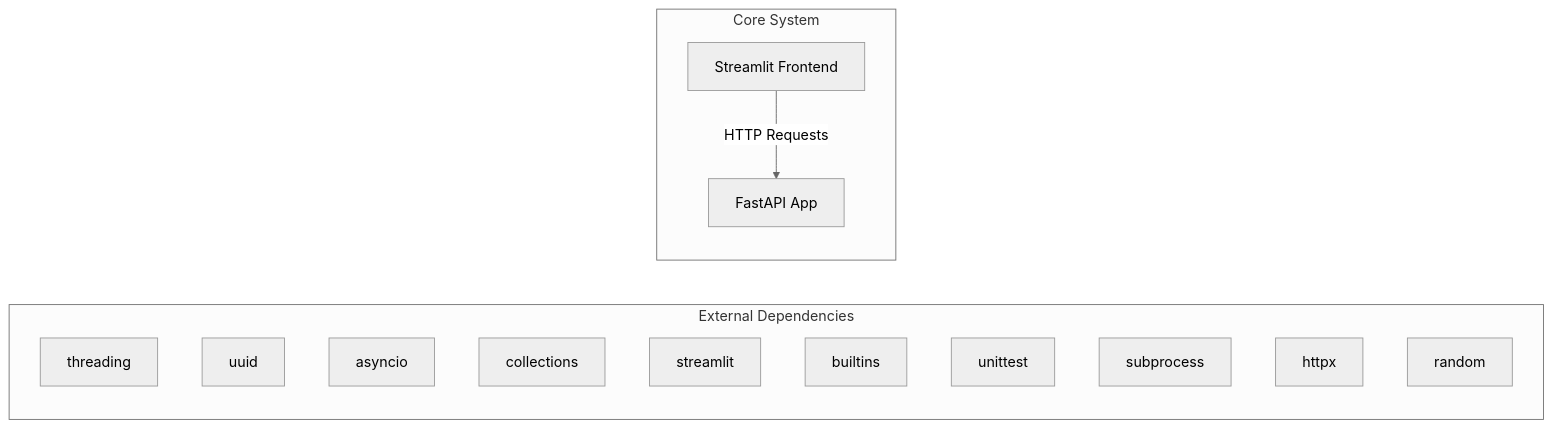
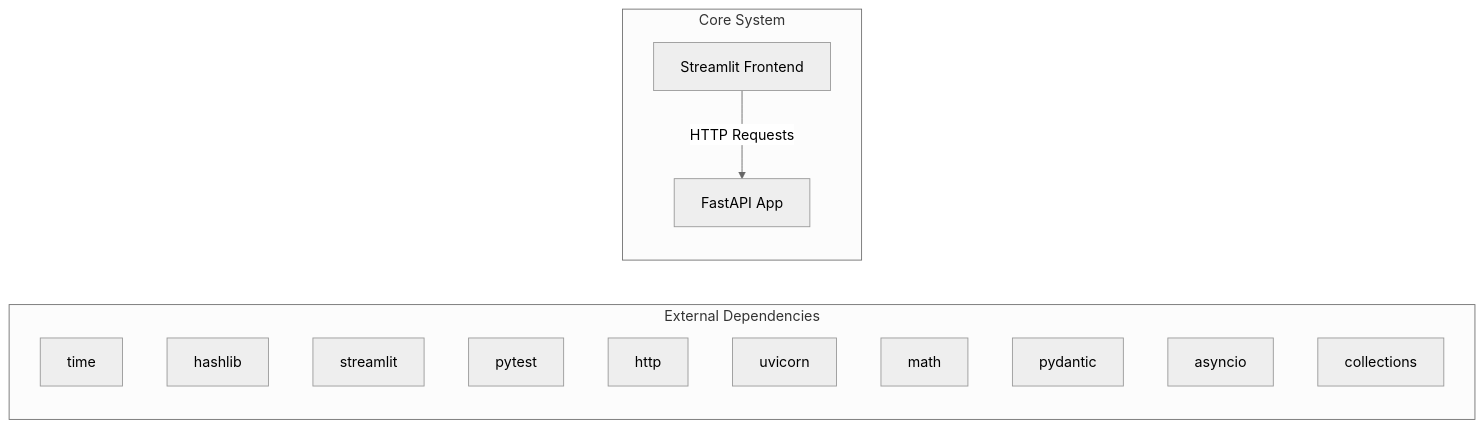
The first of 2 diagrams in docs/architecture.md (NITISH-R-G/rag-context-optimizer), drawn with Mermaid (neutral theme) before and after one commit. The commit also changed other lines of this file and 1 other file, not shown here.

Commit message:
docs: auto-update repository knowledge, architecture diagrams, and documentation

````diff
--- a/docs/architecture.md
+++ b/docs/architecture.md
@@ -7,20 +7,20 @@
 ```mermaid
 graph LR
     subgraph External Dependencies
-        E0["threading"]
-        E1["uuid"]
-        E2["asyncio"]
-        E3["collections"]
-        E4["streamlit"]
-        E5["builtins"]
-        E6["unittest"]
-        E7["subprocess"]
-        E8["httpx"]
-        E9["random"]
+        E0["time"]
+        E1["hashlib"]
+        E2["streamlit"]
+        E3["pytest"]
+        E4["http"]
+        E5["uvicorn"]
+        E6["math"]
+        E7["pydantic"]
+        E8["asyncio"]
+        E9["collections"]
     end
     subgraph Core System
         API["FastAPI App"]
         UI["Streamlit Frontend"]
     end
     UI -->|HTTP Requests| API
 ```
````
